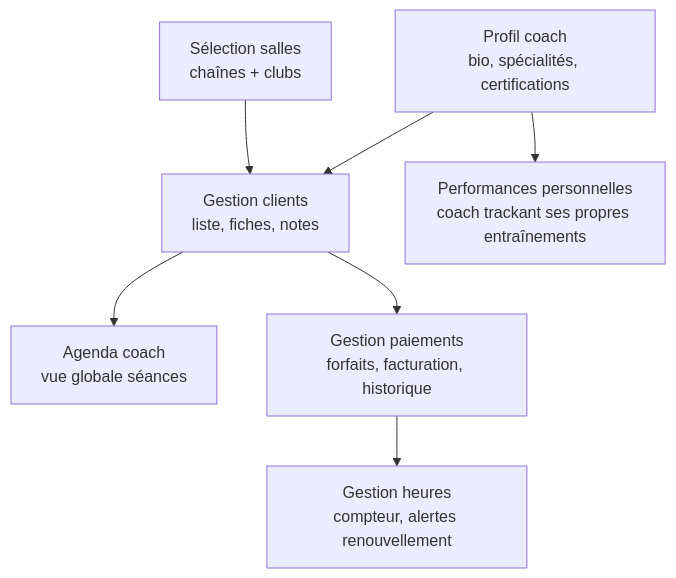
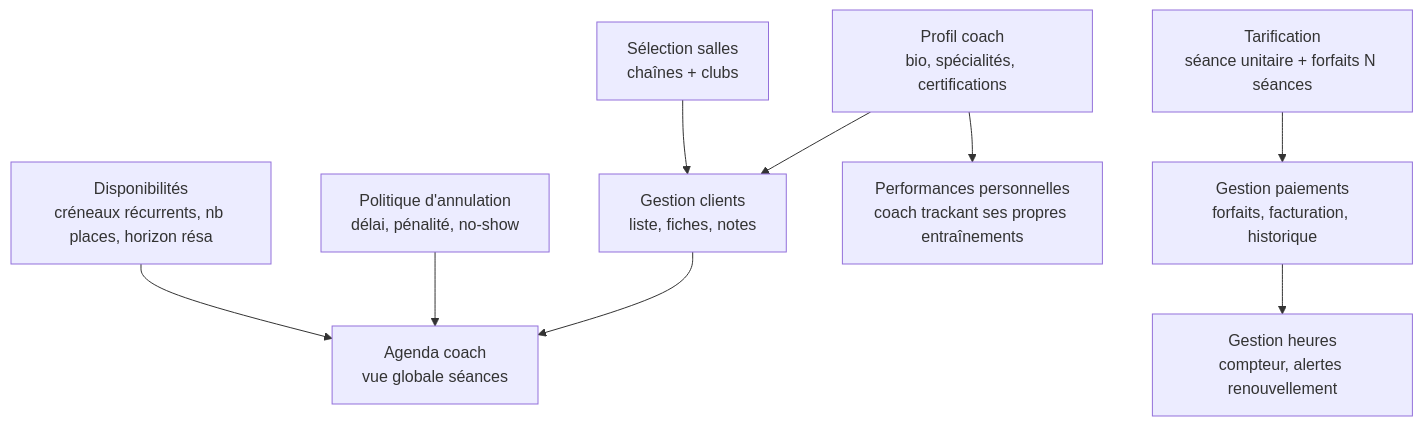
Before and after one commit to gaelgael5/mycoach: the third of 8 diagrams in docs/DEV_ROADMAP.md, drawn with Mermaid. The commit also changed other lines of this file and 2 other files, not shown here.

Commit message:
docs: v1.1 - PostgreSQL, API Key auth (SHA-256), tarification coach, booking/cancel/waitlist

````diff
--- a/docs/DEV_ROADMAP.md
+++ b/docs/DEV_ROADMAP.md
@@ -68,17 +68,22 @@
 ```mermaid
 flowchart TD
     C1[Profil coach\nbio, spécialités, certifications]
     C2[Sélection salles\nchaînes + clubs]
     C3[Gestion clients\nliste, fiches, notes]
     C4[Agenda coach\nvue globale séances]
-    C5[Gestion paiements\nforfaits, facturation, historique]
-    C6[Gestion heures\ncompteur, alertes renouvellement]
-    C7[Performances personnelles\ncoach trackant ses propres entraînements]
+    C5[Tarification\nséance unitaire + forfaits N séances]
+    C6[Gestion paiements\nforfaits, facturation, historique]
+    C7[Gestion heures\ncompteur, alertes renouvellement]
+    C8[Politique d'annulation\ndélai, pénalité, no-show]
+    C9[Performances personnelles\ncoach trackant ses propres entraînements]
+    C10[Disponibilités\ncréneaux récurrents, nb places, horizon résa]
 
     C1 --> C3
     C2 --> C3
     C3 --> C4
-    C3 --> C5
     C5 --> C6
-    C1 --> C7
+    C6 --> C7
+    C8 --> C4
+    C10 --> C4
+    C1 --> C9
 ```
````
